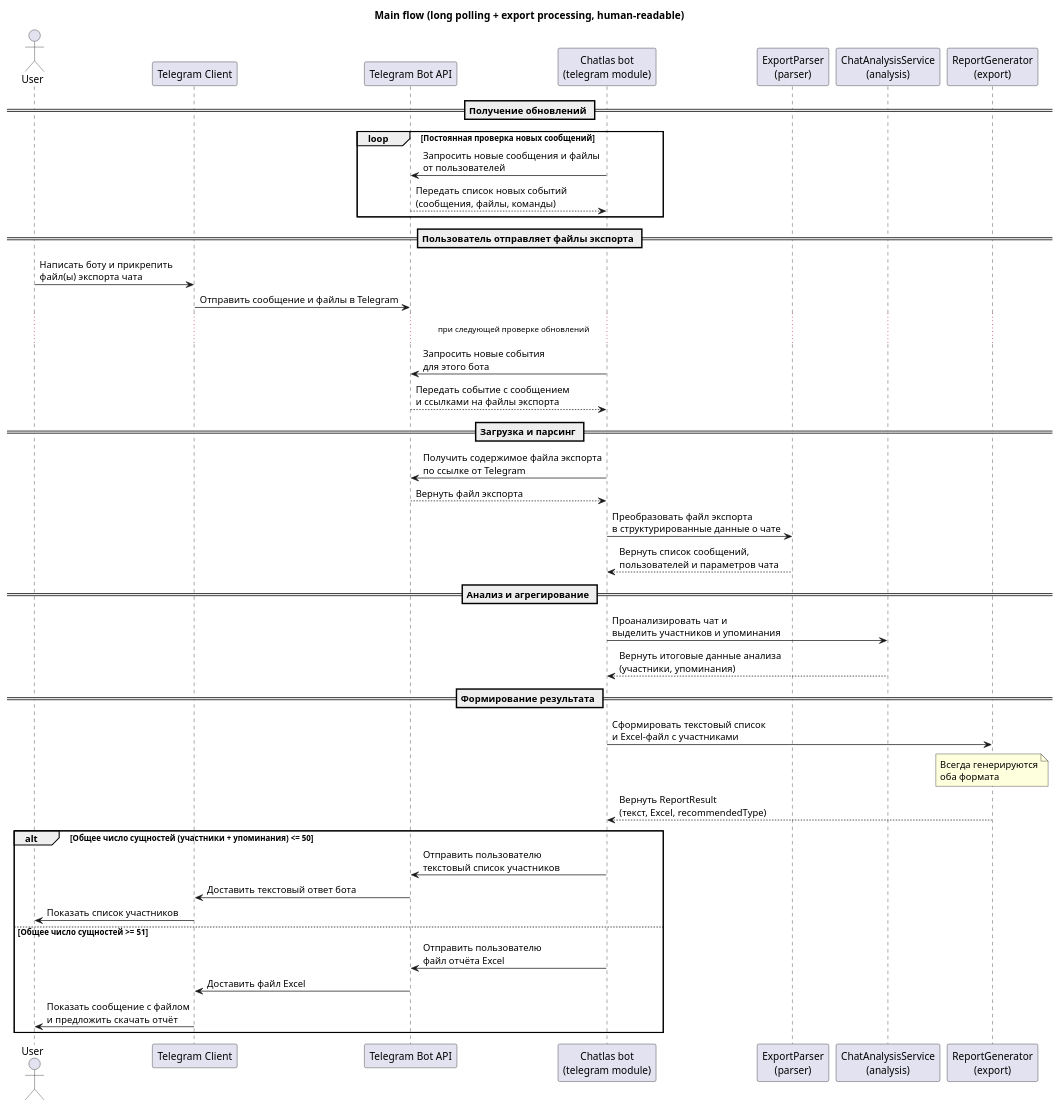
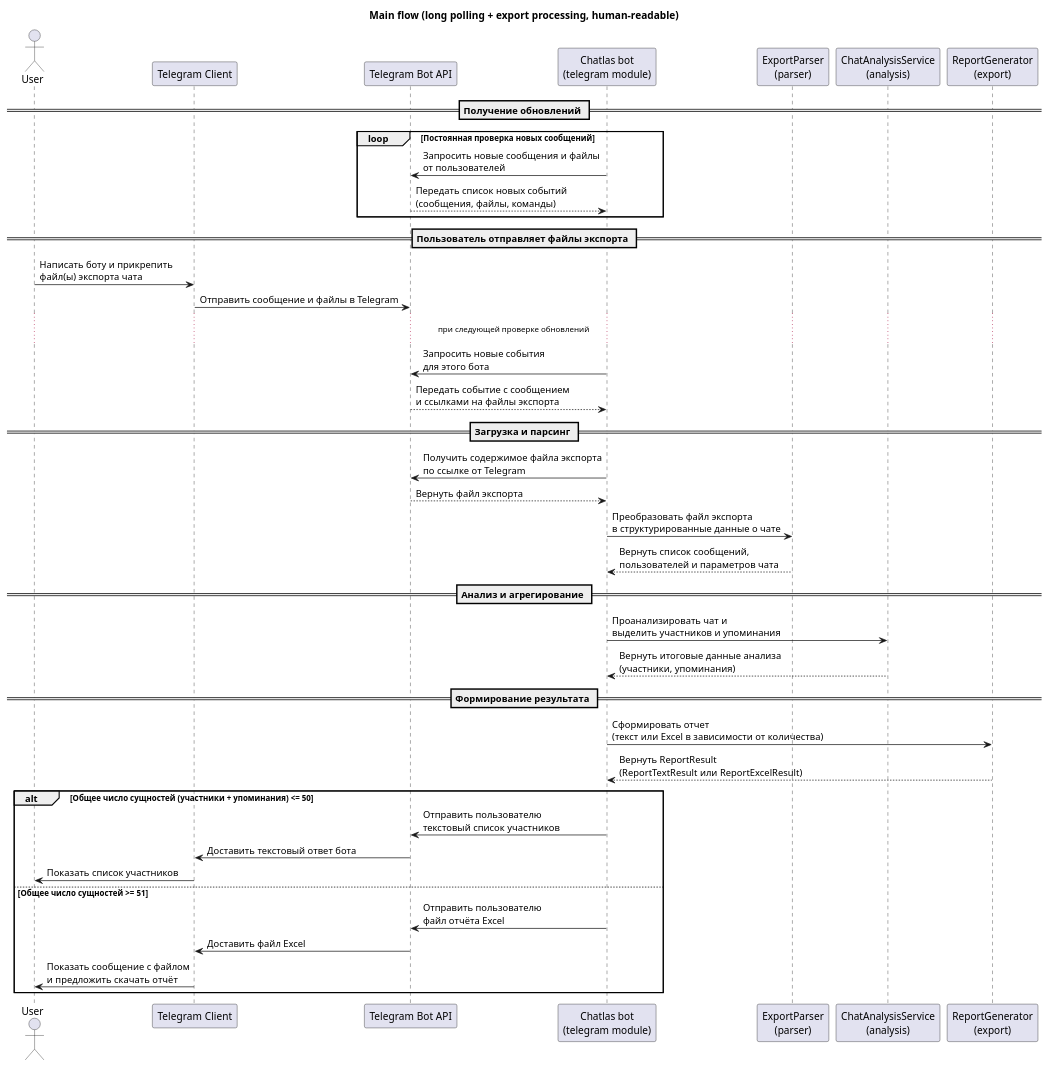
The diagram in docs/diagrams/sequence.puml (vspochernin/chatlas), drawn with PlantUML before and after one commit. The commit also changed 13 other files, not shown here.

```diff
--- a/docs/diagrams/sequence.puml
+++ b/docs/diagrams/sequence.puml
@@ -1,50 +1,49 @@
 @startuml sequence
 title Main flow (long polling + export processing, human-readable)
 
 actor User
 participant "Telegram Client" as TgClient
 participant "Telegram Bot API" as TgAPI
 participant "Chatlas bot\n(telegram module)" as Bot
 participant "ExportParser\n(parser)" as Parser
 participant "ChatAnalysisService\n(analysis)" as Analysis
 participant "ReportGenerator\n(export)" as ReportGen
 
 == Получение обновлений ==
 loop Постоянная проверка новых сообщений
   Bot -> TgAPI : Запросить новые сообщения и файлы\nот пользователей
   TgAPI --> Bot : Передать список новых событий\n(сообщения, файлы, команды)
 end
 
 == Пользователь отправляет файлы экспорта ==
 User -> TgClient : Написать боту и прикрепить\nфайл(ы) экспорта чата
 TgClient -> TgAPI : Отправить сообщение и файлы в Telegram
 ... при следующей проверке обновлений ...
 Bot -> TgAPI : Запросить новые события\nдля этого бота
 TgAPI --> Bot : Передать событие с сообщением\nи ссылками на файлы экспорта
 
 == Загрузка и парсинг ==
 Bot -> TgAPI : Получить содержимое файла экспорта\nпо ссылке от Telegram
 TgAPI --> Bot : Вернуть файл экспорта
 
 Bot -> Parser : Преобразовать файл экспорта\nв структурированные данные о чате
 Parser --> Bot : Вернуть список сообщений,\nпользователей и параметров чата
 
 == Анализ и агрегирование ==
 Bot -> Analysis : Проанализировать чат и\nвыделить участников и упоминания
 Analysis --> Bot : Вернуть итоговые данные анализа\n(участники, упоминания)
 
 == Формирование результата ==
-Bot -> ReportGen : Сформировать текстовый список\nи Excel-файл с участниками
-Note over ReportGen: Всегда генерируются\nоба формата
-ReportGen --> Bot : Вернуть ReportResult\n(текст, Excel, recommendedType)
+Bot -> ReportGen : Сформировать отчет\n(текст или Excel в зависимости от количества)
+ReportGen --> Bot : Вернуть ReportResult\n(ReportTextResult или ReportExcelResult)
 alt Общее число сущностей (участники + упоминания) <= 50
   Bot -> TgAPI : Отправить пользователю\nтекстовый список участников
   TgAPI -> TgClient : Доставить текстовый ответ бота
   TgClient -> User : Показать список участников
 else Общее число сущностей >= 51
   Bot -> TgAPI : Отправить пользователю\nфайл отчёта Excel
   TgAPI -> TgClient : Доставить файл Excel
   TgClient -> User : Показать сообщение с файлом\nи предложить скачать отчёт
 end
 
 @enduml
```
